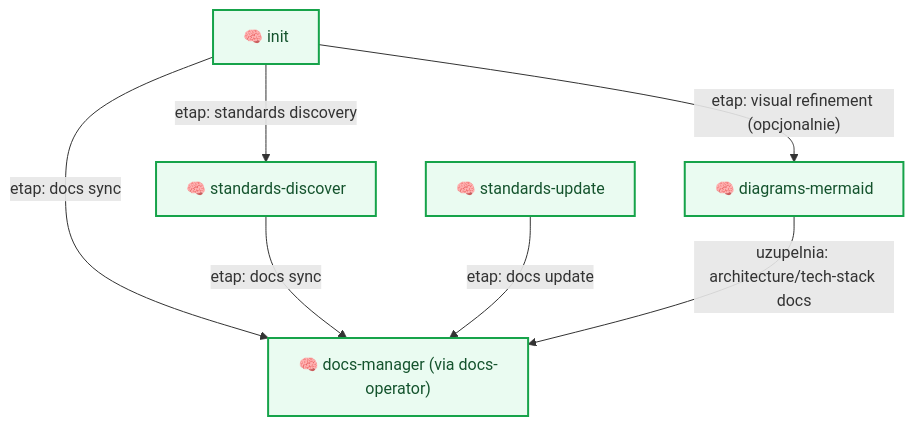
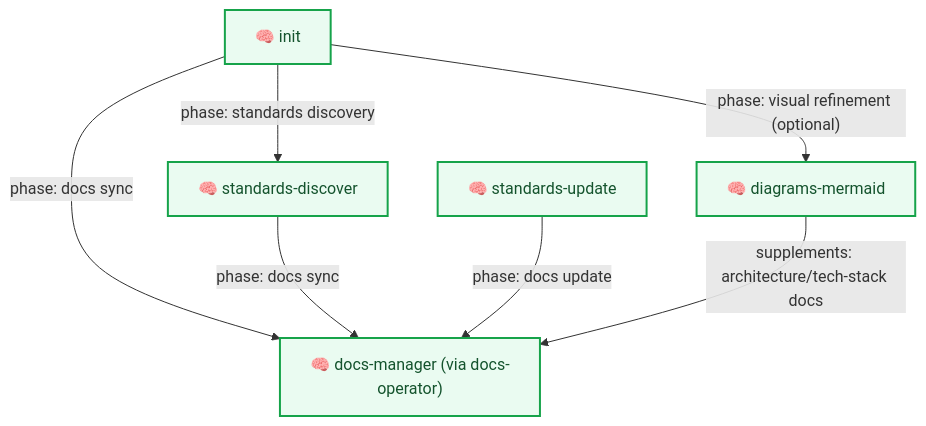
One commit to plucins/flowbit changed the fourth of 8 diagrams in docs/flow/overview.md. Above: the diagram before and after it, drawn with Mermaid. The commit also changed other lines of this file and 11 other files, not shown here.

````diff
--- a/docs/flow/overview.md
+++ b/docs/flow/overview.md
@@ -121,12 +135,12 @@
 ```mermaid
 graph TD
-  S_INIT["🧠 init"] -- "etap: standards discovery" --> S_STD_DISC["🧠 standards-discover"]
-  S_INIT -- "etap: docs sync" --> S_DOCS["🧠 docs-manager (via docs-operator)"]
-  S_INIT -- "etap: visual refinement (opcjonalnie)" --> S_DIAG["🧠 diagrams-mermaid"]
-  S_STD_DISC -- "etap: docs sync" --> S_DOCS
-  S_STD_UPD["🧠 standards-update"] -- "etap: docs update" --> S_DOCS
-  S_DIAG -- "uzupelnia: architecture/tech-stack docs" --> S_DOCS
+  S_INIT["🧠 init"] -- "phase: standards discovery" --> S_STD_DISC["🧠 standards-discover"]
+  S_INIT -- "phase: docs sync" --> S_DOCS["🧠 docs-manager (via docs-operator)"]
+  S_INIT -- "phase: visual refinement (optional)" --> S_DIAG["🧠 diagrams-mermaid"]
+  S_STD_DISC -- "phase: docs sync" --> S_DOCS
+  S_STD_UPD["🧠 standards-update"] -- "phase: docs update" --> S_DOCS
+  S_DIAG -- "supplements: architecture/tech-stack docs" --> S_DOCS
 
   classDef skill fill:#EAFBF1,stroke:#16A34A,stroke-width:2px,color:#14532D;
   class S_INIT,S_STD_DISC,S_DOCS,S_STD_UPD,S_DIAG skill;
 ```
````
